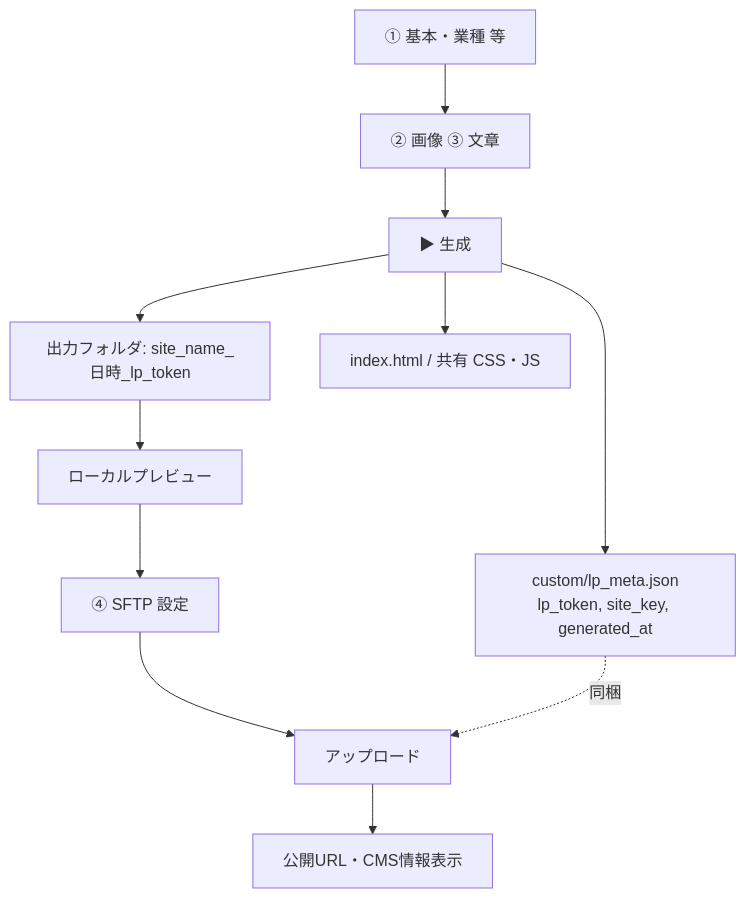
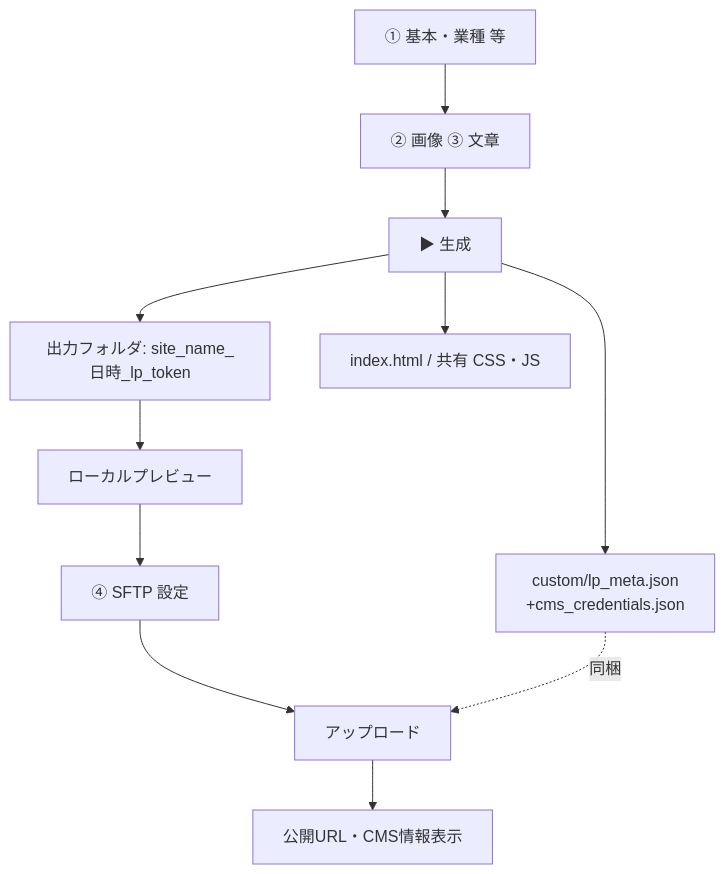
One commit to BinaryTraffic/page-builder changed the second of 4 diagrams in CLIENT_SERVER_FLOWS.md. Above: the diagram before and after it, drawn with Mermaid. The commit also changed other lines of this file and 23 other files, not shown here.

First line of the commit message:
CMS: site-login + cms_credentials; align handover docs for server Cursor

````diff
--- a/CLIENT_SERVER_FLOWS.md
+++ b/CLIENT_SERVER_FLOWS.md
@@ -38,13 +39,13 @@
 ```mermaid
 flowchart TB
   T1[① 基本・業種 等] --> T2[② 画像 ③ 文章]
   T2 --> T3[▶ 生成]
   T3 --> T4["出力フォルダ: site_name_日時_lp_token"]
-  T3 --> T5["custom/lp_meta.json\nlp_token, site_key, generated_at"]
+  T3 --> T5["custom/lp_meta.json\n+cms_credentials.json"]
   T3 --> T6[index.html / 共有 CSS・JS]
   T4 --> T7[ローカルプレビュー]
   T7 --> T8[④ SFTP 設定]
   T8 --> T9[アップロード]
   T9 --> T10[公開URL・CMS情報表示]
   T5 -.->|同梱| T9
 ```
````
